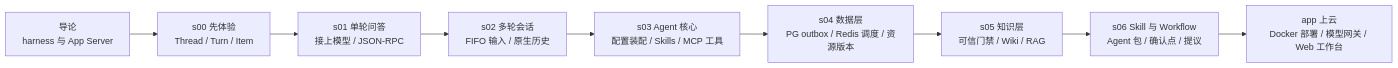
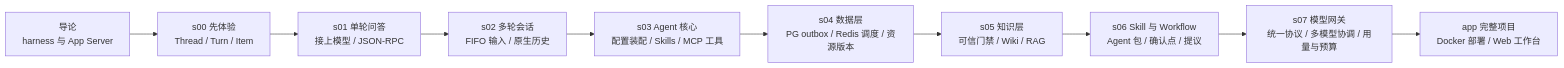
The diagram in README.md (pengcong2020520/learn-codex-harness), drawn with Mermaid before and after one commit. The commit also changed other lines of this file and 176 other files, not shown here.

First line of the commit message:
feat(stages): 新增 s07 模型网关——Codex 只连网关，统一协议、协调多个模型、管住 token 与花费 (#15)

````diff
--- a/README.md
+++ b/README.md
@@ -11,11 +11,12 @@
 ```mermaid
 flowchart LR
   intro["导论<br/>harness 与 App Server"] --> s00["s00 先体验<br/>Thread / Turn / Item"]
   s00 --> s01["s01 单轮问答<br/>接上模型 / JSON-RPC"]
   s01 --> s02["s02 多轮会话<br/>FIFO 输入 / 原生历史"]
   s02 --> s03["s03 Agent 核心<br/>配置装配 / Skills / MCP 工具"]
   s03 --> s04["s04 数据层<br/>PG outbox / Redis 调度 / 资源版本"]
   s04 --> s05["s05 知识层<br/>可信门禁 / Wiki / RAG"]
   s05 --> s06["s06 Skill 与 Workflow<br/>Agent 包 / 确认点 / 提议"]
-  s06 --> app["app 上云<br/>Docker 部署 / 模型网关 / Web 工作台"]
+  s06 --> s07["s07 模型网关<br/>统一协议 / 多模型协调 / 用量与预算"]
+  s07 --> app["app 完整项目<br/>Docker 部署 / Web 工作台"]
 ```
````
